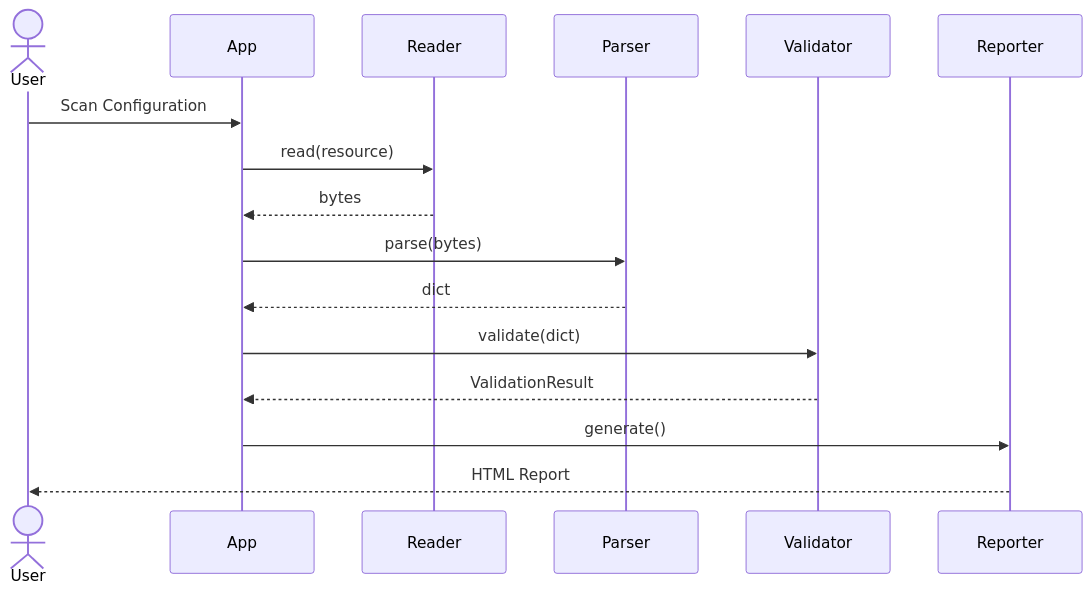
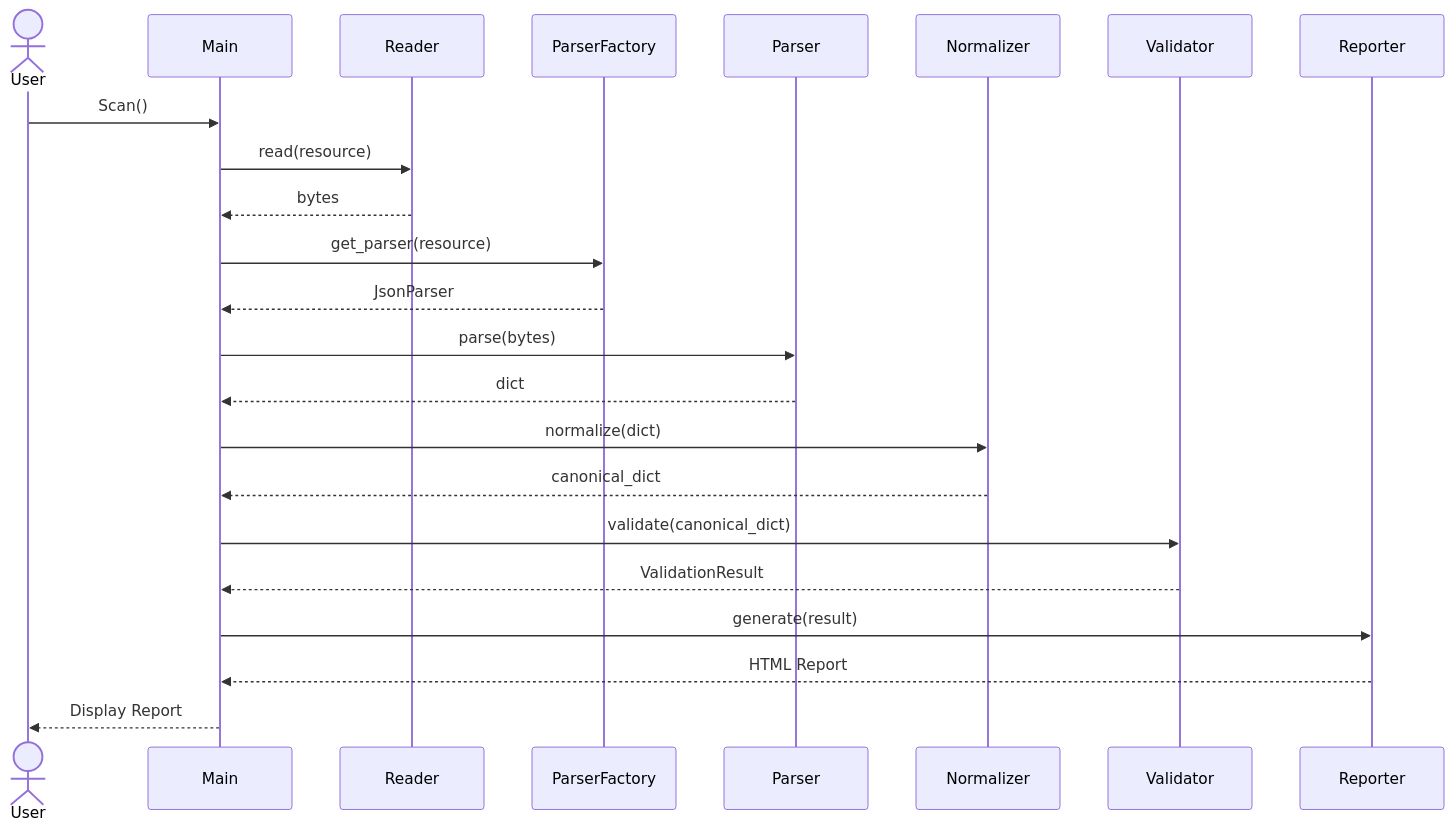
One commit to truongtranit/security-configuration-inspector changed the third of 3 diagrams in README.md. Above: the diagram before and after it, drawn with Mermaid. The commit also changed other lines of this file and 9 other files, not shown here.

Commit message:
Implement ParserFactory with comprehensive unit tests.

````diff
--- a/README.md
+++ b/README.md
@@ -70,29 +72,41 @@
 ```mermaid
 sequenceDiagram
 
     actor User
 
-    participant App
+    participant Main
     participant Reader
+    participant ParserFactory
     participant Parser
+    participant Normalizer
     participant Validator
     participant Reporter
 
-    User->>App: Scan Configuration
+    User->>Main: Scan()
 
-    App->>Reader: read(resource)
+    Main->>Reader: read(resource)
 
-    Reader-->>App: bytes
+    Reader-->>Main: bytes
 
-    App->>Parser: parse(bytes)
+    Main->>ParserFactory: get_parser(resource)
 
-    Parser-->>App: dict
+    ParserFactory-->>Main: JsonParser
 
-    App->>Validator: validate(dict)
+    Main->>Parser: parse(bytes)
 
-    Validator-->>App: ValidationResult
+    Parser-->>Main: dict
 
-    App->>Reporter: generate()
+    Main->>Normalizer: normalize(dict)
 
-    Reporter-->>User: HTML Report
+    Normalizer-->>Main: canonical_dict
+
+    Main->>Validator: validate(canonical_dict)
+
+    Validator-->>Main: ValidationResult
+
+    Main->>Reporter: generate(result)
+
+    Reporter-->>Main: HTML Report
+
+    Main-->>User: Display Report
 ```
````
